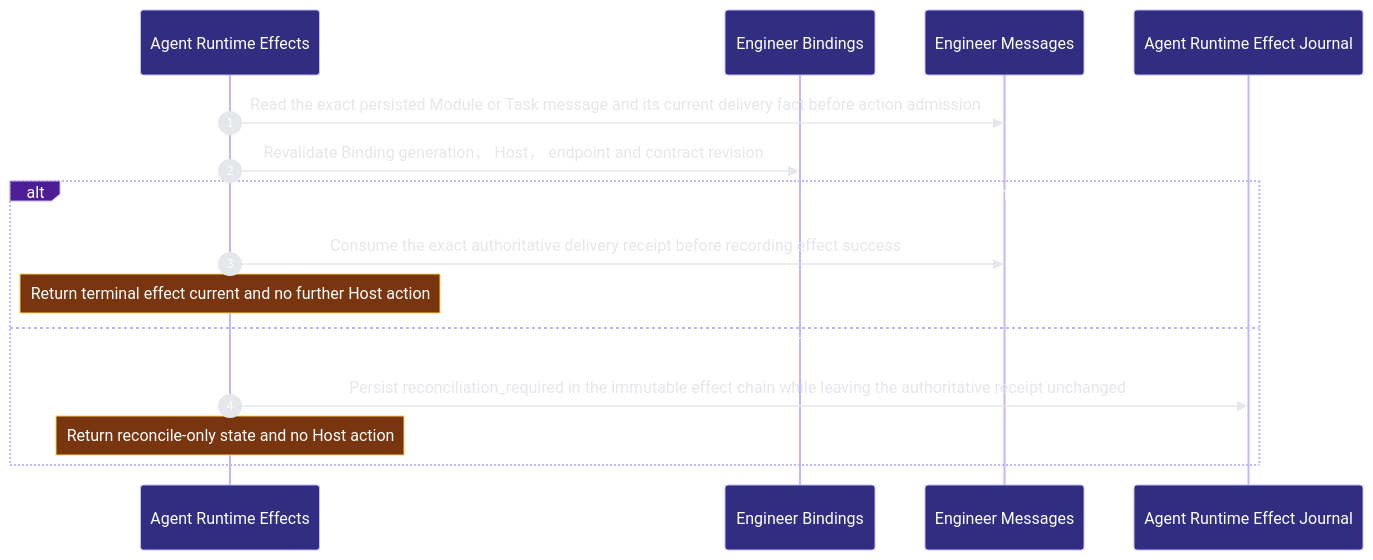
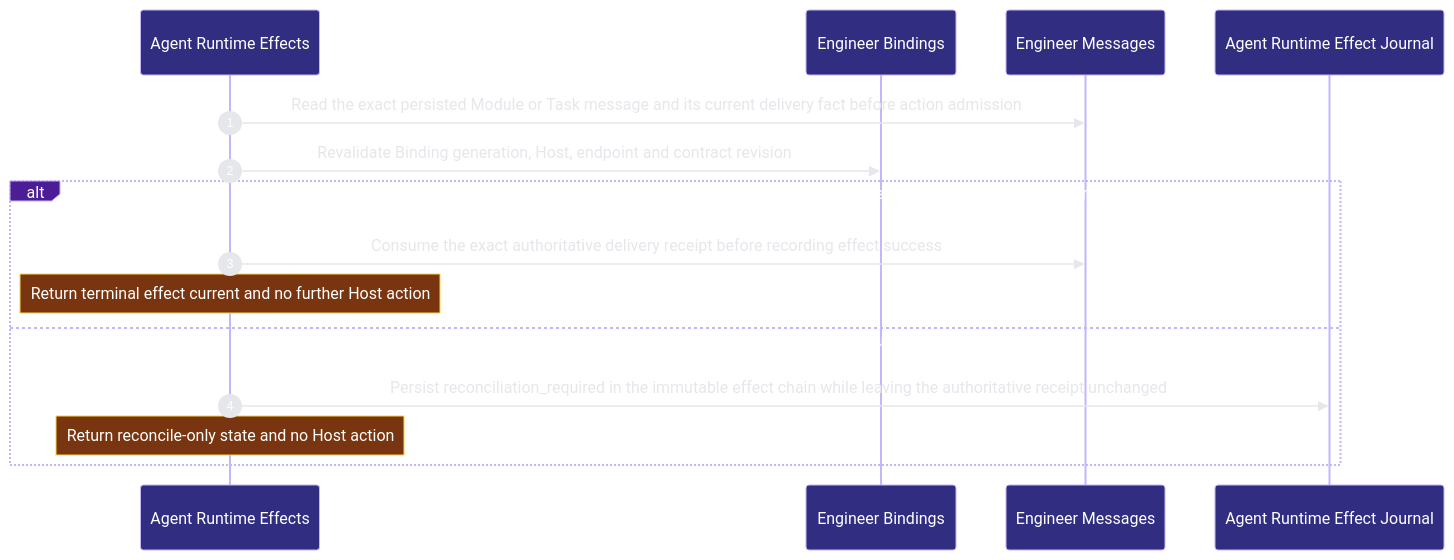
Before and after one commit to Ancienttwo/repo-harness: the second of 2 diagrams in docs/architecture/modules/runtime-harness/agent-runtime-effects.md, drawn with Mermaid. The commit also changed other lines of this file and 46 other files, not shown here.

First line of the commit message:
docs(architecture): re-project the architecture docs with archctx 0.7.1

````diff
--- a/docs/architecture/modules/runtime-harness/agent-runtime-effects.md
+++ b/docs/architecture/modules/runtime-harness/agent-runtime-effects.md
@@ -75,18 +91,18 @@
 ```mermaid
 %%{init: {"theme":"base","themeVariables":{"background":"#0d1117","actorBkg":"#312e81","actorBorder":"#c4b5fd","actorTextColor":"#ffffff","signalColor":"#e5e7eb","signalTextColor":"#e5e7eb","labelBoxBkgColor":"#4c1d95","labelBoxBorderColor":"#c4b5fd","labelTextColor":"#ffffff","noteBkgColor":"#78350f","noteBorderColor":"#fcd34d","noteTextColor":"#ffffff","sequenceNumberColor":"#ffffff"}}}%%
 sequenceDiagram
   autonumber
   participant p2_effect_journal_1eea3f14 as Agent Runtime Effects
   participant p2_binding_authority_b56d10c4 as Engineer Bindings
   participant p2_message_authority_43d726e6 as Engineer Messages
   participant p2_effect_schema_e2bdceda as Agent Runtime Effect Journal
   p2_effect_journal_1eea3f14->>p2_message_authority_43d726e6: Read the exact persisted Module or Task message and its current delivery fact before action admission
-  p2_effect_journal_1eea3f14->>p2_binding_authority_b56d10c4: Revalidate Binding generation， Host， endpoint and contract revision
+  p2_effect_journal_1eea3f14->>p2_binding_authority_b56d10c4: Revalidate Binding generation#44; Host#44; endpoint and contract revision
   alt One immutable intent admits at most one Host action and exact receipt evidence closes the observation chain
   p2_effect_journal_1eea3f14->>p2_message_authority_43d726e6: Consume the exact authoritative delivery receipt before recording effect success
     Note over p2_effect_journal_1eea3f14: Return terminal effect current and no further Host action
   else Lost acknowledgement or ambiguous Host facts remain reconciliation_required without retry
   p2_effect_journal_1eea3f14->>p2_effect_schema_e2bdceda: Persist reconciliation_required in the immutable effect chain while leaving the authoritative receipt unchanged
     Note over p2_effect_journal_1eea3f14: Return reconcile-only state and no Host action
   end
 ```
````
